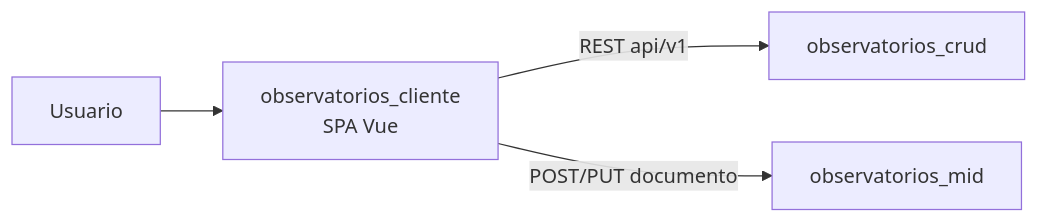
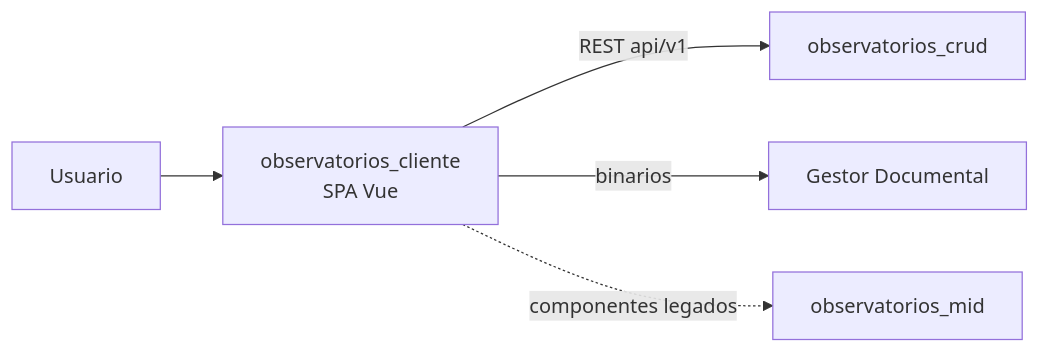
Before and after one commit to udistrital/observatorios_cliente: the diagram in docs/arquitectura_e_integraciones.md, drawn with Mermaid. The commit also changed other lines of this file and 29 other files, not shown here.

````diff
--- a/docs/arquitectura_e_integraciones.md
+++ b/docs/arquitectura_e_integraciones.md
@@ -8,6 +11,7 @@
 ```mermaid
 flowchart LR
   U[Usuario] --> C[observatorios_cliente\nSPA Vue]
   C -->|REST api/v1| CRUD[observatorios_crud]
-  C -->|POST/PUT documento| MID[observatorios_mid]
+  C -->|binarios| GD[Gestor Documental]
+  C -.->|componentes legados| MID[observatorios_mid]
 ```
````
